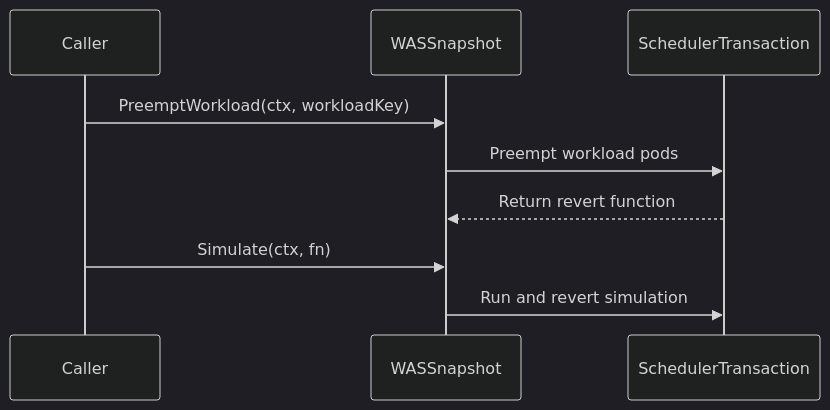
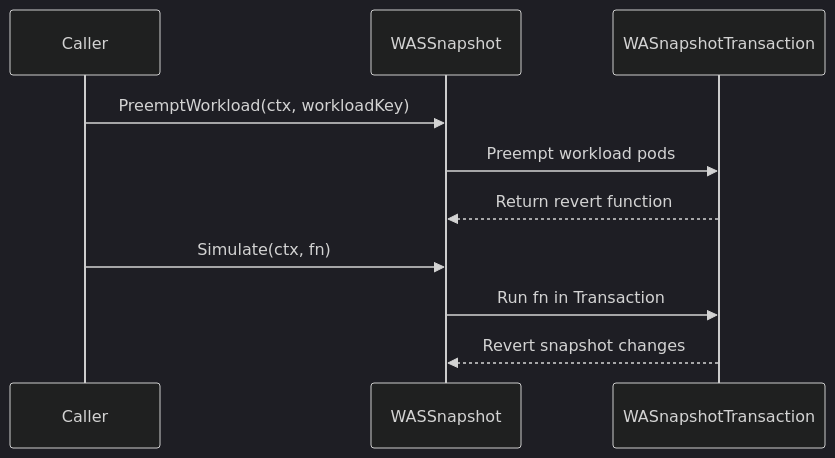
Before and after one commit to reruno/kueue-llm-wiki: the diagram in raw/github/kubernetes-sigs__kueue/pr-14794.md, drawn with Mermaid (dark theme). The commit also changed other lines of this file and 137 other files, not shown here.

````diff
--- a/raw/github/kubernetes-sigs__kueue/pr-14794.md
+++ b/raw/github/kubernetes-sigs__kueue/pr-14794.md
@@ -228,11 +249,12 @@
 ```mermaid
 sequenceDiagram
   participant Caller
   participant WASSnapshot
-  participant SchedulerTransaction
+  participant WASnapshotTransaction
   Caller->>WASSnapshot: PreemptWorkload(ctx, workloadKey)
-  WASSnapshot->>SchedulerTransaction: Preempt workload pods
-  SchedulerTransaction-->>WASSnapshot: Return revert function
+  WASSnapshot->>WASnapshotTransaction: Preempt workload pods
+  WASnapshotTransaction-->>WASSnapshot: Return revert function
   Caller->>WASSnapshot: Simulate(ctx, fn)
-  WASSnapshot->>SchedulerTransaction: Run and revert simulation
+  WASSnapshot->>WASnapshotTransaction: Run fn in Transaction
+  WASnapshotTransaction-->>WASSnapshot: Revert snapshot changes
 ```
````
